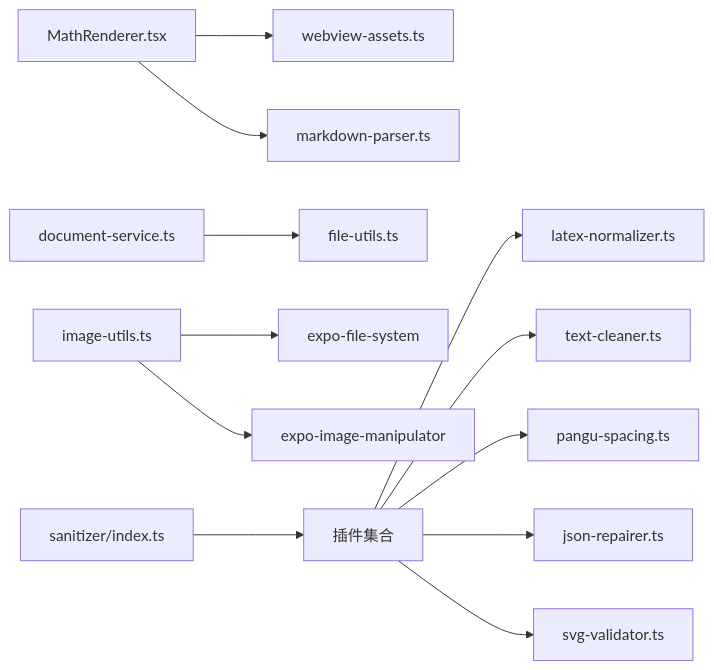
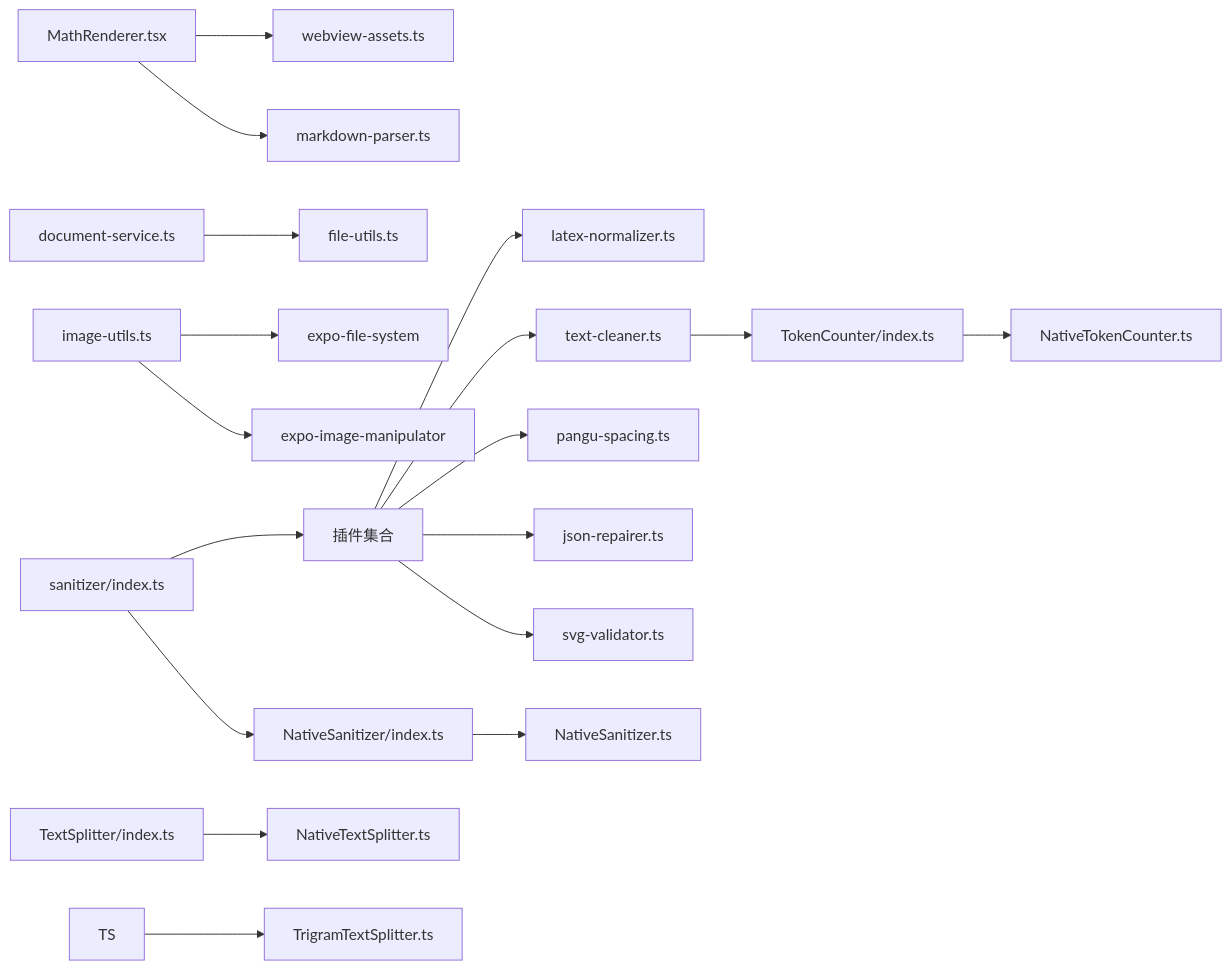
Diagram 11 of 11 in .qoder/repowiki/zh/content/工具库和实用程序/工具库和实用程序.md (NarcisWL/Nexara), drawn with Mermaid before and after one commit. The commit also changed other lines of this file and 5 other files, not shown here.

````diff
--- a/.qoder/repowiki/zh/content/工具库和实用程序/工具库和实用程序.md
+++ b/.qoder/repowiki/zh/content/工具库和实用程序/工具库和实用程序.md
@@ -369,14 +568,20 @@
 ```mermaid
 graph LR
 MR["MathRenderer.tsx"] --> WA["webview-assets.ts"]
 MR --> MP["markdown-parser.ts"]
 DS["document-service.ts"] --> FU["file-utils.ts"]
 IU["image-utils.ts"] --> FS["expo-file-system"]
 IU --> IM["expo-image-manipulator"]
 SI["sanitizer/index.ts"] --> PL["插件集合"]
+SI --> NSI["NativeSanitizer/index.ts"]
 PL --> LN["latex-normalizer.ts"]
 PL --> TC["text-cleaner.ts"]
 PL --> PS["pangu-spacing.ts"]
 PL --> JR["json-repairer.ts"]
 PL --> SV["svg-validator.ts"]
+TSI["TextSplitter/index.ts"] --> TST["NativeTextSplitter.ts"]
+TCI["TokenCounter/index.ts"] --> TCT["NativeTokenCounter.ts"]
+TS --> TGS["TrigramTextSplitter.ts"]
+TC --> TCI
+NSI --> NST["NativeSanitizer.ts"]
 ```
````
